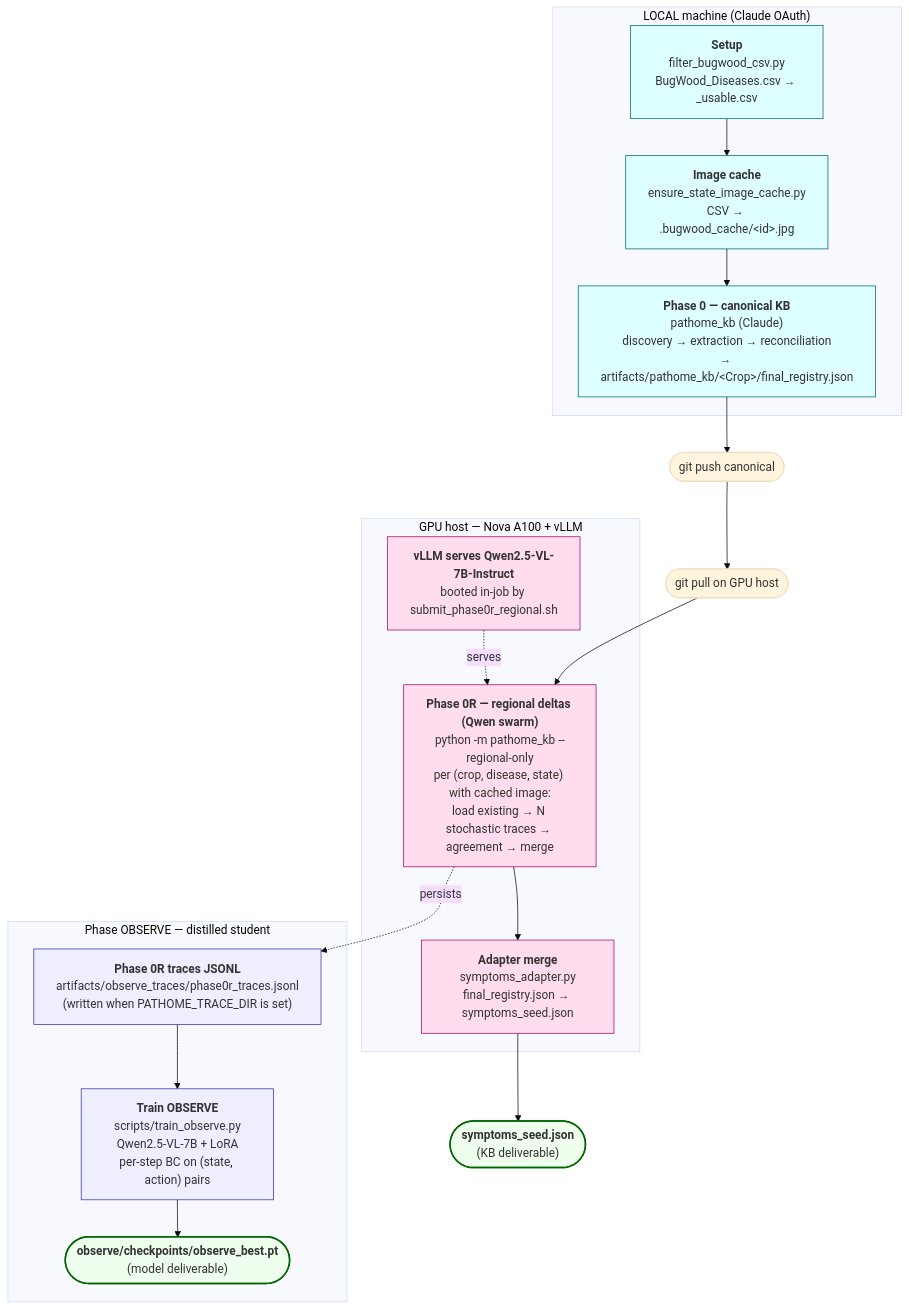
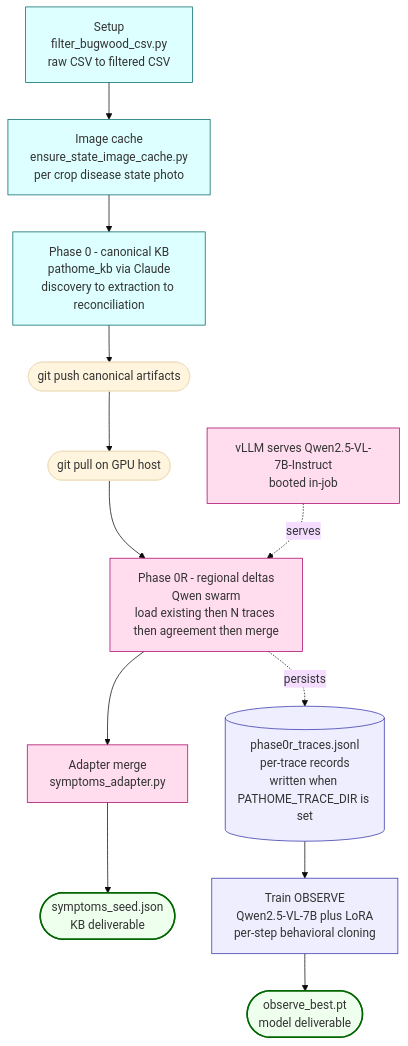
Before and after one commit to tirtho149/PlantSwarm: the first of 6 diagrams in FLOW.md, drawn with Mermaid (base theme). The commit also changed other lines of this file, not shown here.

First line of the commit message:
FLOW.md — submission-ready diagrams (Mermaid render-safe)

````diff
--- a/FLOW.md
+++ b/FLOW.md
@@ -12,41 +28,30 @@
 ```mermaid
 flowchart TD
-    subgraph LOCAL["LOCAL machine (Claude OAuth)"]
-        SETUP["<b>Setup</b><br/>filter_bugwood_csv.py<br/>BugWood_Diseases.csv → _usable.csv"]
-        CACHE["<b>Image cache</b><br/>ensure_state_image_cache.py<br/>CSV → .bugwood_cache/&lt;id&gt;.jpg"]
-        P0["<b>Phase 0 — canonical KB</b><br/>pathome_kb (Claude)<br/>discovery → extraction → reconciliation<br/>→ artifacts/pathome_kb/&lt;Crop&gt;/final_registry.json"]
-        SETUP --> CACHE --> P0
-    end
+    SETUP[Setup<br/>filter_bugwood_csv.py<br/>raw CSV to filtered CSV]
+    CACHE[Image cache<br/>ensure_state_image_cache.py<br/>per crop disease state photo]
+    P0[Phase 0 - canonical KB<br/>pathome_kb via Claude<br/>discovery to extraction to reconciliation]
+    PUSH([git push canonical artifacts])
+    PULL([git pull on GPU host])
+    VLLM[vLLM serves Qwen2.5-VL-7B-Instruct<br/>booted in-job]
+    P0R[Phase 0R - regional deltas<br/>Qwen swarm<br/>load existing then N traces then agreement then merge]
+    ADAPT[Adapter merge<br/>symptoms_adapter.py]
+    SEED([symptoms_seed.json<br/>KB deliverable])
+    TRACES[(phase0r_traces.jsonl<br/>per-trace records<br/>written when PATHOME_TRACE_DIR is set)]
+    TRAIN[Train OBSERVE<br/>Qwen2.5-VL-7B plus LoRA<br/>per-step behavioral cloning]
+    CKPT([observe_best.pt<br/>model deliverable])
 
-    PUSH(["git push canonical"])
-    PULL(["git pull on GPU host"])
-
-    subgraph GPU["GPU host — Nova A100 + vLLM"]
-        VLLM["<b>vLLM serves Qwen2.5-VL-7B-Instruct</b><br/>booted in-job by submit_phase0r_regional.sh"]
-        P0R["<b>Phase 0R — regional deltas (Qwen swarm)</b><br/>python -m pathome_kb --regional-only<br/>per (crop, disease, state) with cached image:<br/>load existing → N stochastic traces → agreement → merge"]
-        ADAPT["<b>Adapter merge</b><br/>symptoms_adapter.py<br/>final_registry.json → symptoms_seed.json"]
-        VLLM -.serves.-> P0R --> ADAPT
-    end
-
-    SEED(["<b>symptoms_seed.json</b><br/>(KB deliverable)"])
-
-    subgraph OBS["Phase OBSERVE — distilled student"]
-        TRACES["<b>Phase 0R traces JSONL</b><br/>artifacts/observe_traces/phase0r_traces.jsonl<br/>(written when PATHOME_TRACE_DIR is set)"]
-        TRAIN["<b>Train OBSERVE</b><br/>scripts/train_observe.py<br/>Qwen2.5-VL-7B + LoRA<br/>per-step BC on (state, action) pairs"]
-        CKPT(["<b>observe/checkpoints/observe_best.pt</b><br/>(model deliverable)"])
-        TRACES --> TRAIN --> CKPT
-    end
-
+    SETUP --> CACHE --> P0
     P0 --> PUSH --> PULL --> P0R
-    ADAPT --> SEED
+    VLLM -.serves.-> P0R --> ADAPT --> SEED
     P0R -.persists.-> TRACES
+    TRACES --> TRAIN --> CKPT
 
     classDef local fill:#dff,stroke:#066,stroke-width:1px
     classDef gpu fill:#fde,stroke:#a06,stroke-width:1px
-    classDef observe fill:#eef,stroke:#33a,stroke-width:1px
+    classDef student fill:#eef,stroke:#33a,stroke-width:1px
     classDef terminal fill:#efe,stroke:#060,stroke-width:2px
     class SETUP,CACHE,P0 local
     class VLLM,P0R,ADAPT gpu
-    class TRACES,TRAIN observe
+    class TRACES,TRAIN student
     class SEED,CKPT terminal
 ```
````
